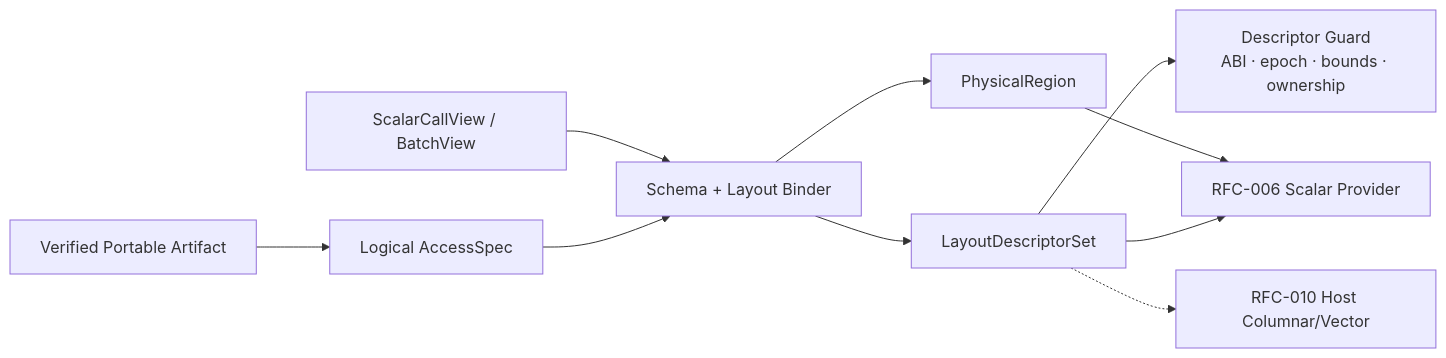
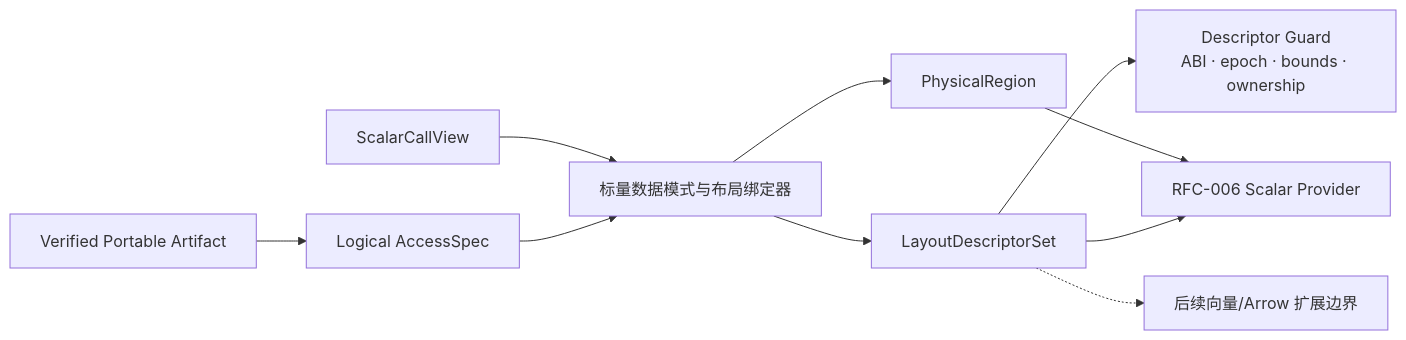
One commit to 213start/python-udf-jit changed the diagram in docs/rfcs/RFC-005-data-layout-specialization.md. Above: the diagram before and after it, drawn with Mermaid. The commit also changed other lines of this file and 15 other files, not shown here.

````diff
--- a/docs/rfcs/RFC-005-data-layout-specialization.md
+++ b/docs/rfcs/RFC-005-data-layout-specialization.md
@@ -71,12 +78,12 @@
 ```mermaid
 flowchart LR
     ART["Verified Portable Artifact"] --> SPEC["Logical AccessSpec"]
-    CALL["ScalarCallView / BatchView"] --> BIND["Schema + Layout Binder"]
+    CALL["ScalarCallView"] --> BIND["标量数据模式与布局绑定器"]
     SPEC --> BIND
     BIND --> DESC["LayoutDescriptorSet"]
     BIND --> PHYS["PhysicalRegion"]
     DESC --> GUARD["Descriptor Guard<br/>ABI · epoch · bounds · ownership"]
     PHYS --> SCALAR["RFC-006 Scalar Provider"]
     DESC --> SCALAR
-    DESC -.-> FUTURE["RFC-010 Host Columnar/Vector"]
+    DESC -.-> FUTURE["后续向量/Arrow 扩展边界"]
 ```
````
